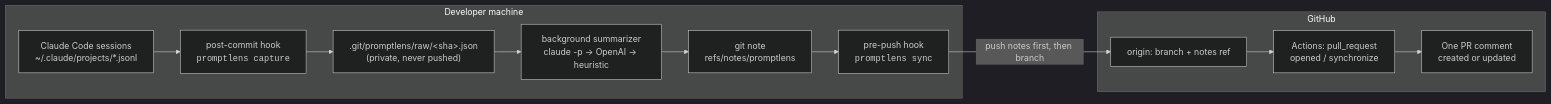
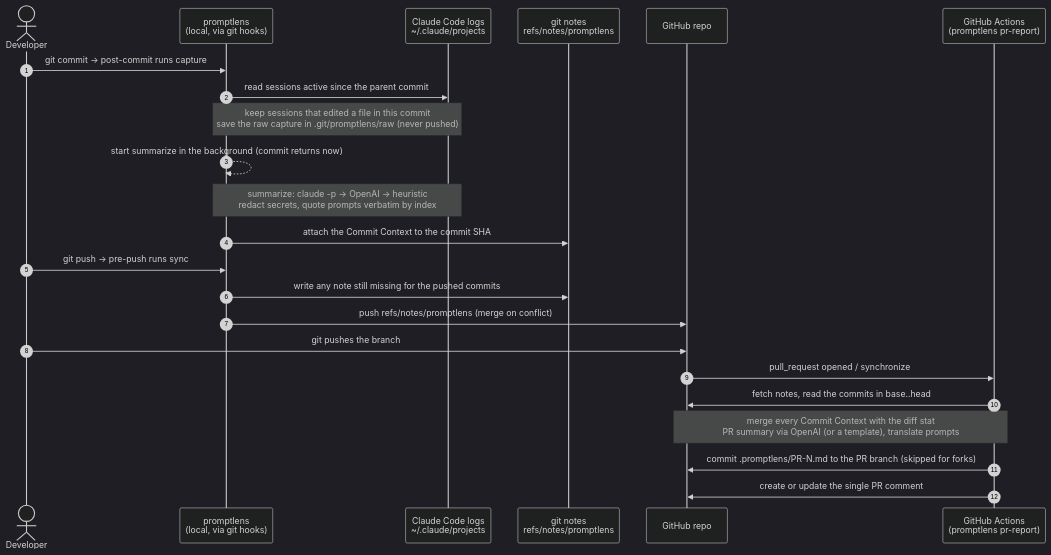
One commit to NewCodes7/promptlens changed the diagram in README.md. Above: the diagram before and after it, drawn with Mermaid (dark theme). The commit also changed other lines of this file, not shown here.

Commit message:
Show how PromptLens is run and what happens inside in the README
Replace the step table and flowchart in "How it works" with a table of
the five ways PromptLens starts (init, post-commit, pre-push, the PR
workflow, manual previews) and a sequence diagram of the commit → push
→ PR flow across the local CLI, Claude Code logs, git notes, the GitHub
repo and Actions.

````diff
--- a/README.md
+++ b/README.md
@@ -50,19 +57,28 @@
 ```mermaid
-flowchart LR
-  subgraph Dev["Developer machine"]
-    CC["Claude Code sessions<br/>~/.claude/projects/*.jsonl"]
-    PC["post-commit hook<br/><code>promptlens capture</code>"]
-    RAW[".git/promptlens/raw/&lt;sha&gt;.json<br/>(private, never pushed)"]
-    SUM["background summarizer<br/>claude -p → OpenAI → heuristic"]
-    NOTE["git note<br/>refs/notes/promptlens"]
-    PP["pre-push hook<br/><code>promptlens sync</code>"]
-    CC --> PC --> RAW --> SUM --> NOTE --> PP
-  end
-  subgraph GH["GitHub"]
-    REM["origin: branch + notes ref"]
-    ACT["Actions: pull_request<br/>opened / synchronize"]
-    CMT["One PR comment<br/>created or updated"]
-    REM --> ACT --> CMT
-  end
-  PP -->|"push notes first, then branch"| REM
+sequenceDiagram
+  autonumber
+  actor Dev as Developer
+  participant CLI as promptlens<br/>(local, via git hooks)
+  participant Logs as Claude Code logs<br/>~/.claude/projects
+  participant Notes as git notes<br/>refs/notes/promptlens
+  participant Origin as GitHub repo
+  participant CI as GitHub Actions<br/>(promptlens pr-report)
+
+  Dev->>CLI: git commit → post-commit runs capture
+  CLI->>Logs: read sessions active since the parent commit
+  Note over CLI,Logs: keep sessions that edited a file in this commit<br/>save the raw capture in .git/promptlens/raw (never pushed)
+  CLI-->>CLI: start summarize in the background (commit returns now)
+  Note over CLI,Logs: summarize: claude -p → OpenAI → heuristic<br/>redact secrets, quote prompts verbatim by index
+  CLI->>Notes: attach the Commit Context to the commit SHA
+
+  Dev->>CLI: git push → pre-push runs sync
+  CLI->>Notes: write any note still missing for the pushed commits
+  CLI->>Origin: push refs/notes/promptlens (merge on conflict)
+  Dev->>Origin: git pushes the branch
+
+  Origin->>CI: pull_request opened / synchronize
+  CI->>Origin: fetch notes, read the commits in base..head
+  Note over Origin,CI: merge every Commit Context with the diff stat<br/>PR summary via OpenAI (or a template), translate prompts
+  CI->>Origin: commit .promptlens/PR-N.md to the PR branch (skipped for forks)
+  CI->>Origin: create or update the single PR comment
 ```
````
